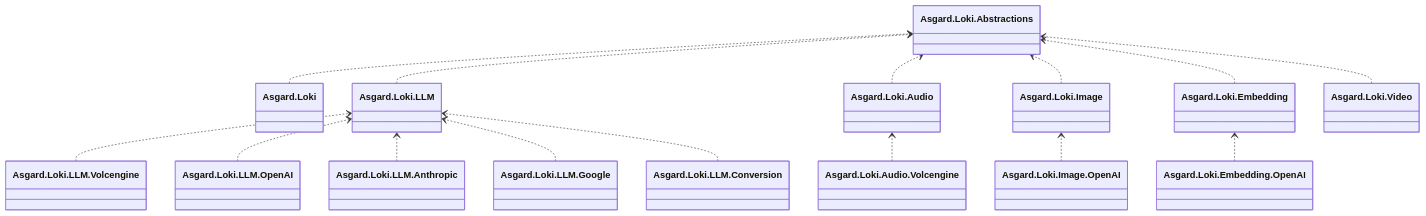
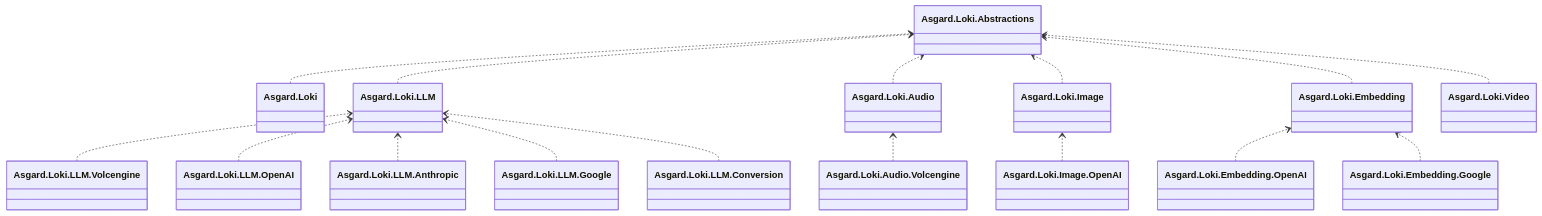
Before and after one commit to BenLampson/Asgard.Loki: the first of 16 diagrams in docs/architecture.md, drawn with Mermaid. The commit also changed other lines of this file and 27 other files, not shown here.

Commit message:
feat(embedding): add native Google single and batch operations

````diff
--- a/docs/architecture.md
+++ b/docs/architecture.md
@@ -9,33 +9,35 @@
 ```mermaid
 classDiagram
 direction BT
 class Abstractions["Asgard.Loki.Abstractions"]
 class Client["Asgard.Loki"]
 class LLM["Asgard.Loki.LLM"]
 class Audio["Asgard.Loki.Audio"]
 class Image["Asgard.Loki.Image"]
 class Embedding["Asgard.Loki.Embedding"]
 class OpenAIEmbedding["Asgard.Loki.Embedding.OpenAI"]
+class GoogleEmbedding["Asgard.Loki.Embedding.Google"]
 class Video["Asgard.Loki.Video"]
 class Ark["Asgard.Loki.LLM.Volcengine"]
 class OpenAILLM["Asgard.Loki.LLM.OpenAI"]
 class AnthropicLLM["Asgard.Loki.LLM.Anthropic"]
 class GoogleLLM["Asgard.Loki.LLM.Google"]
 class Conversion["Asgard.Loki.LLM.Conversion"]
 class Speech["Asgard.Loki.Audio.Volcengine"]
 class OpenAIImage["Asgard.Loki.Image.OpenAI"]
 Client ..> Abstractions
 LLM ..> Abstractions
 Audio ..> Abstractions
 Image ..> Abstractions
 Embedding ..> Abstractions
 OpenAIEmbedding ..> Embedding
+GoogleEmbedding ..> Embedding
 Video ..> Abstractions
 Ark ..> LLM
 OpenAILLM ..> LLM
 AnthropicLLM ..> LLM
 GoogleLLM ..> LLM
 Conversion ..> LLM
 Speech ..> Audio
 OpenAIImage ..> Image
 ```
````
